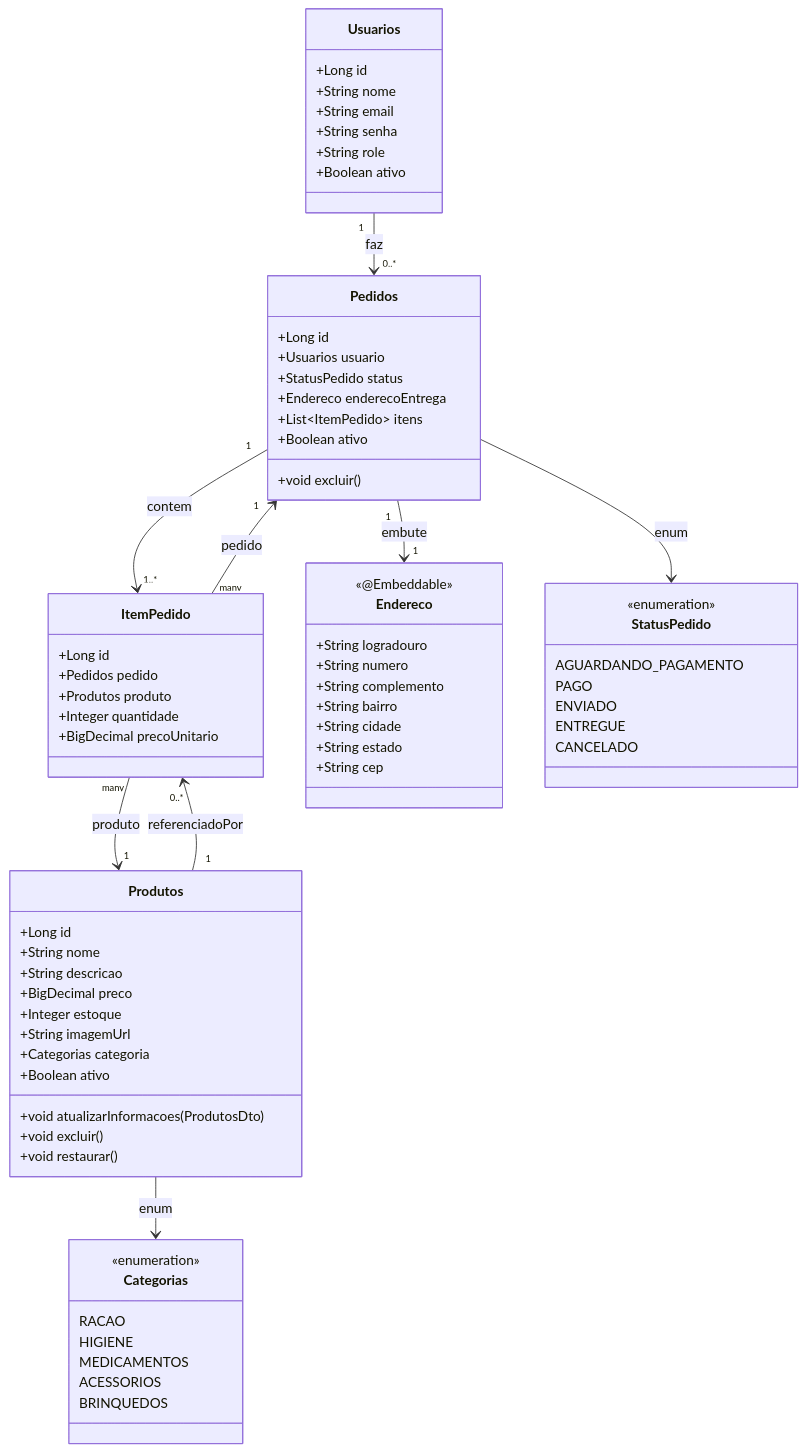
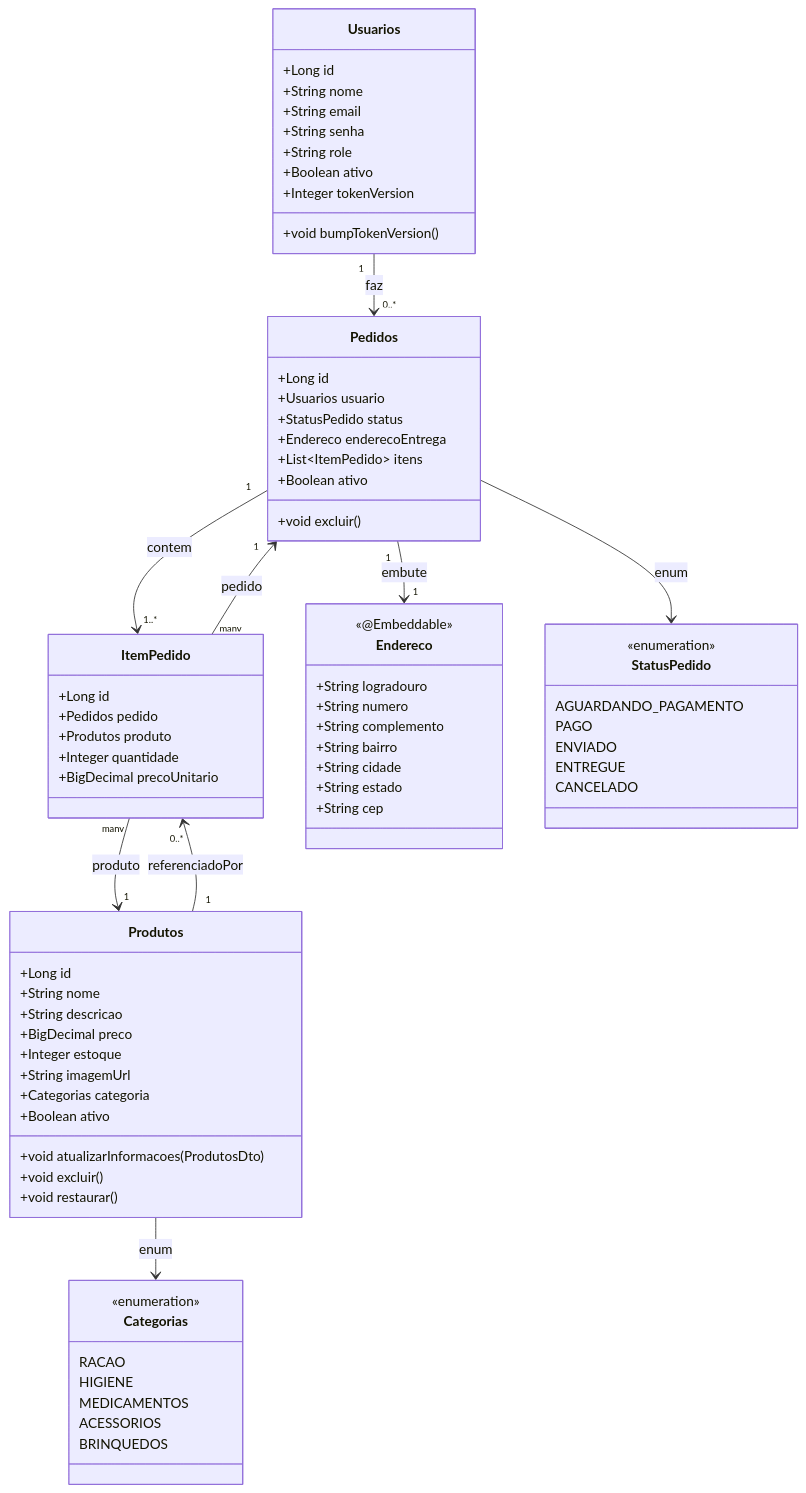
The second of 4 diagrams in README.md (AROLima/DomPet_backend), drawn with Mermaid before and after one commit. The commit also changed other lines of this file and 36 other files, not shown here.

```diff
--- a/README.md
+++ b/README.md
@@ -146,6 +157,8 @@
     +String senha
     +String role
     +Boolean ativo
+    +Integer tokenVersion
+    +void bumpTokenVersion()
   }
 
   class Produtos {
```
